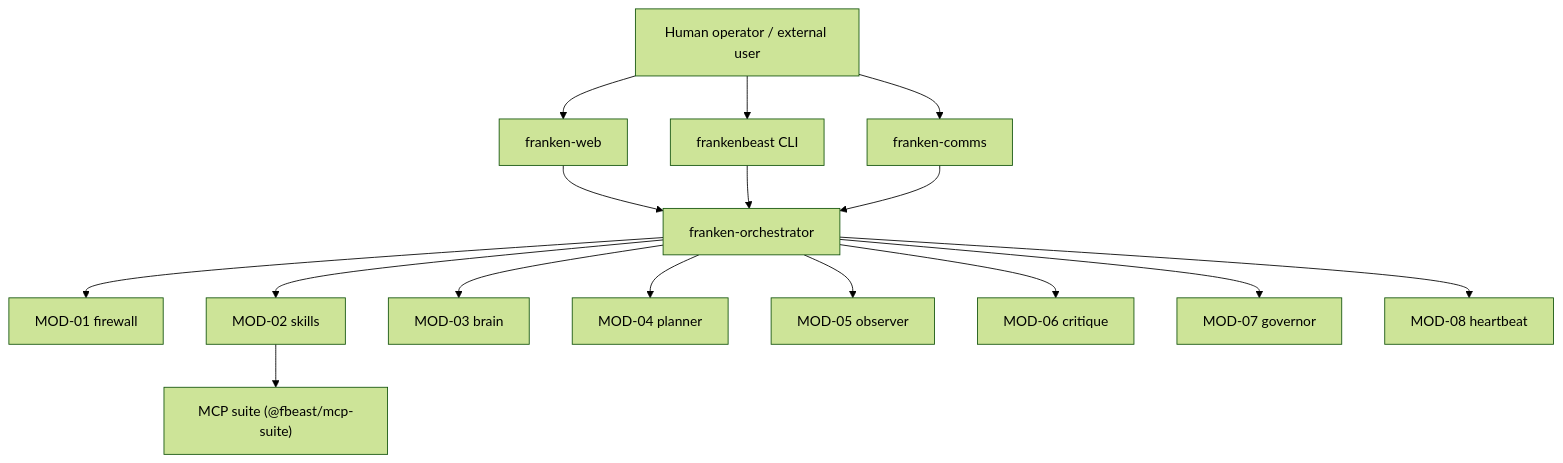
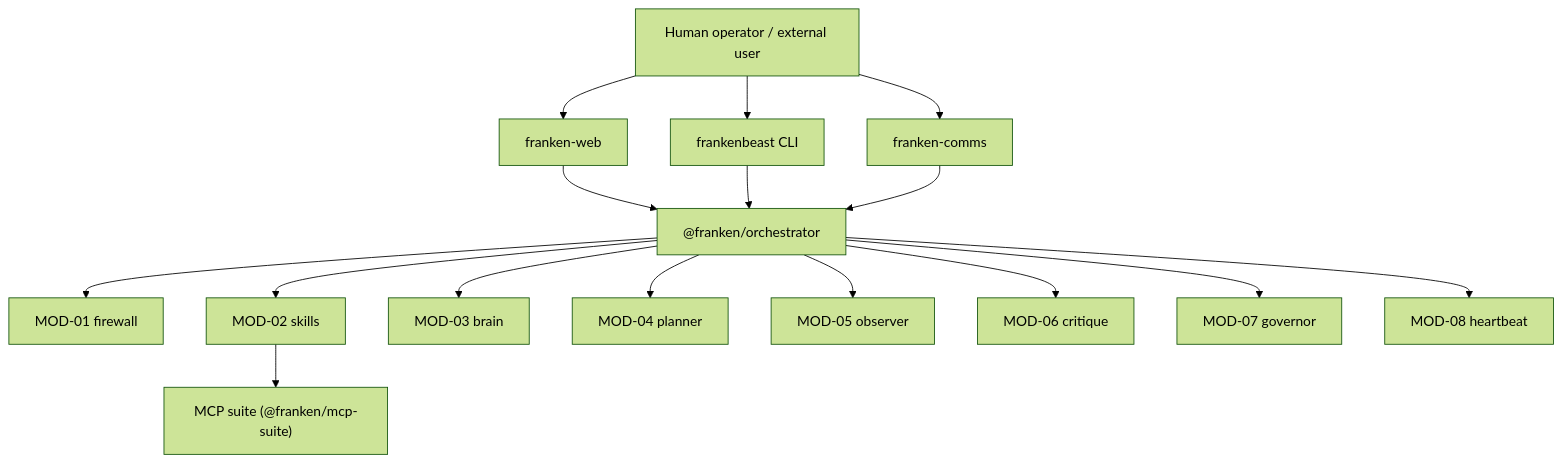
Diagram 12 of 18 in docs/DATA_FLOW.md (djm204/frankenbeast), drawn with Mermaid (forest theme) before and after one commit. The commit also changed other lines of this file and 177 other files, not shown here.

````diff
--- a/docs/DATA_FLOW.md
+++ b/docs/DATA_FLOW.md
@@ -433,31 +433,31 @@
 ```mermaid
 flowchart TD
     User["Human operator / external user"]
     Dashboard["franken-web"]
     CLI["frankenbeast CLI"]
     Comms["franken-comms"]
-    Orchestrator["franken-orchestrator"]
+    Orchestrator["@franken/orchestrator"]
     Firewall["MOD-01 firewall"]
     Skills["MOD-02 skills"]
     Brain["MOD-03 brain"]
     Planner["MOD-04 planner"]
     Observer["MOD-05 observer"]
     Critique["MOD-06 critique"]
     Governor["MOD-07 governor"]
     Heartbeat["MOD-08 heartbeat"]
-    MCP["MCP suite (@fbeast/mcp-suite)"]
+    MCP["MCP suite (@franken/mcp-suite)"]
 
     User --> Dashboard --> Orchestrator
     User --> CLI --> Orchestrator
     User --> Comms --> Orchestrator
 
     Orchestrator --> Firewall
     Orchestrator --> Brain
     Orchestrator --> Planner
     Orchestrator --> Critique
     Orchestrator --> Skills
     Orchestrator --> Governor
     Orchestrator --> Observer
     Orchestrator --> Heartbeat
     Skills --> MCP
 ```
````
